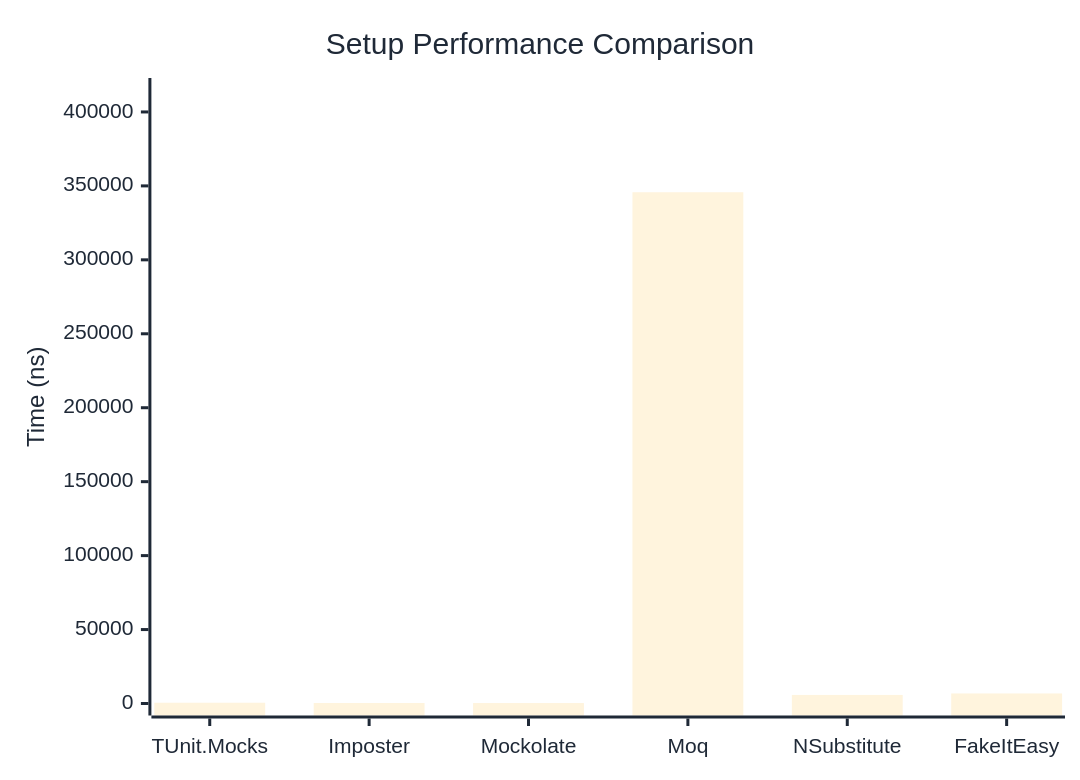
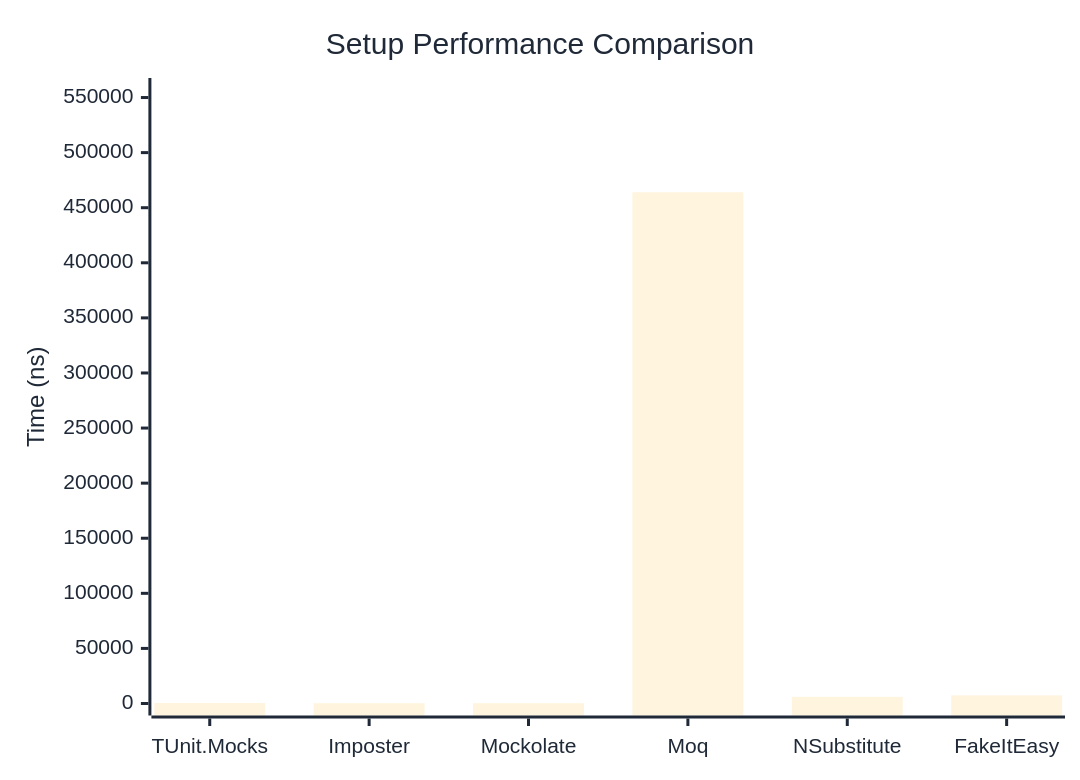
One commit to thomhurst/TUnit changed the first of 2 diagrams in docs/docs/benchmarks/mocks/Setup.md. Above: the diagram before and after it, drawn with Mermaid. The commit also changed other lines of this file and 14 other files, not shown here.

````diff
--- a/docs/docs/benchmarks/mocks/Setup.md
+++ b/docs/docs/benchmarks/mocks/Setup.md
@@ -30,27 +30,27 @@
 ```mermaid
 %%{init: {
   'theme':'base',
   'themeVariables': {
     'primaryColor': '#2563eb',
     'primaryTextColor': '#1f2937',
     'primaryBorderColor': '#1e40af',
     'lineColor': '#6b7280',
     'secondaryColor': '#7c3aed',
     'tertiaryColor': '#dc2626',
     'background': '#ffffff',
     'pie1': '#2563eb',
     'pie2': '#7c3aed',
     'pie3': '#dc2626',
     'pie4': '#f59e0b',
     'pie5': '#10b981',
     'pie6': '#06b6d4',
     'pie7': '#ec4899',
     'pie8': '#6366f1'
   }
 }}%%
 xychart-beta
   title "Setup Performance Comparison"
   x-axis ["TUnit.Mocks", "Imposter", "Mockolate", "Moq", "NSubstitute", "FakeItEasy"]
-  y-axis "Time (ns)" 0 --> 414842
-  bar [525.8, 331.6, 311.1, 345701, 5793.4, 6798.7]
+  y-axis "Time (ns)" 0 --> 556840
+  bar [481.2, 287.4, 271.3, 464033.3, 6023.1, 7361.4]
 ```
````
